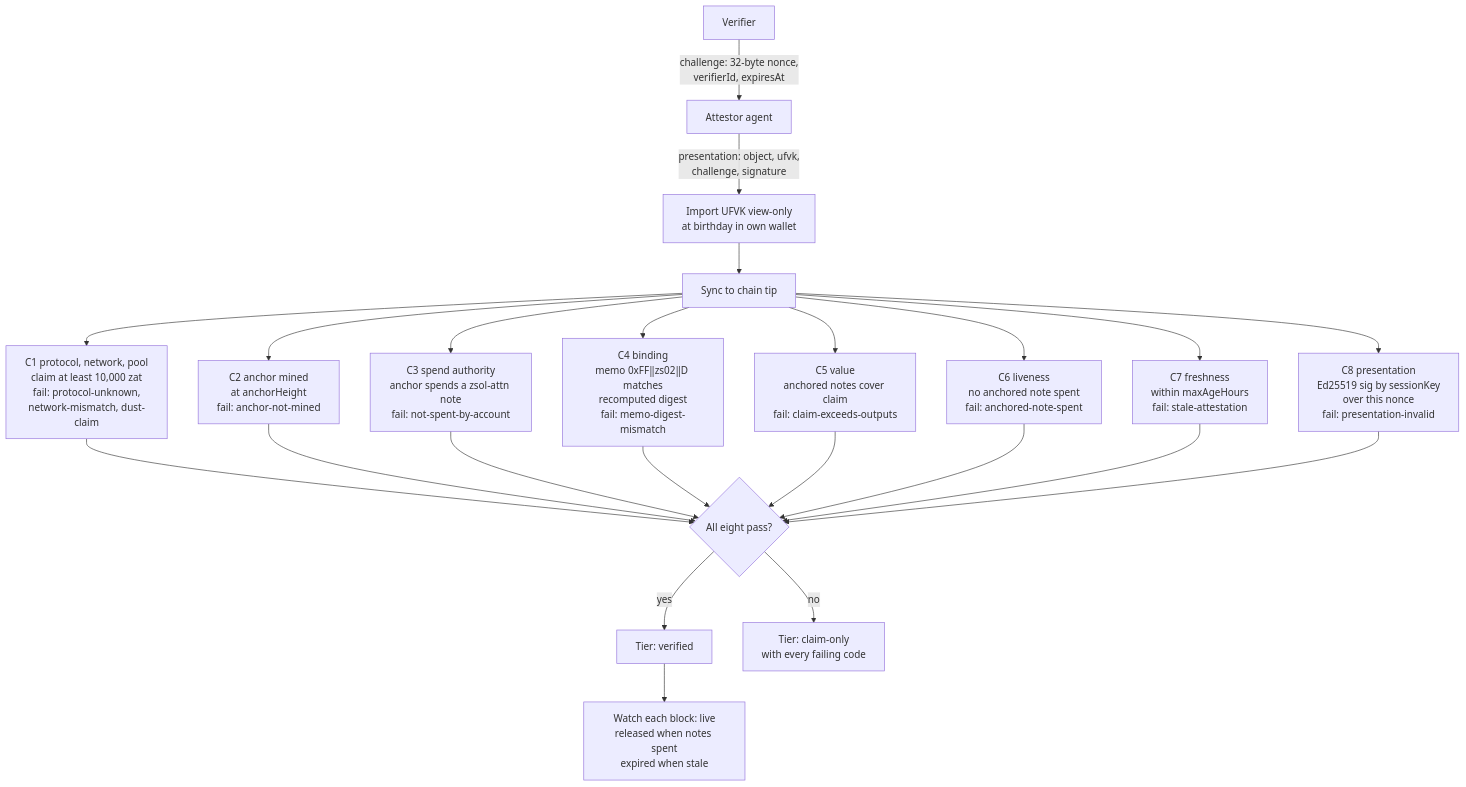
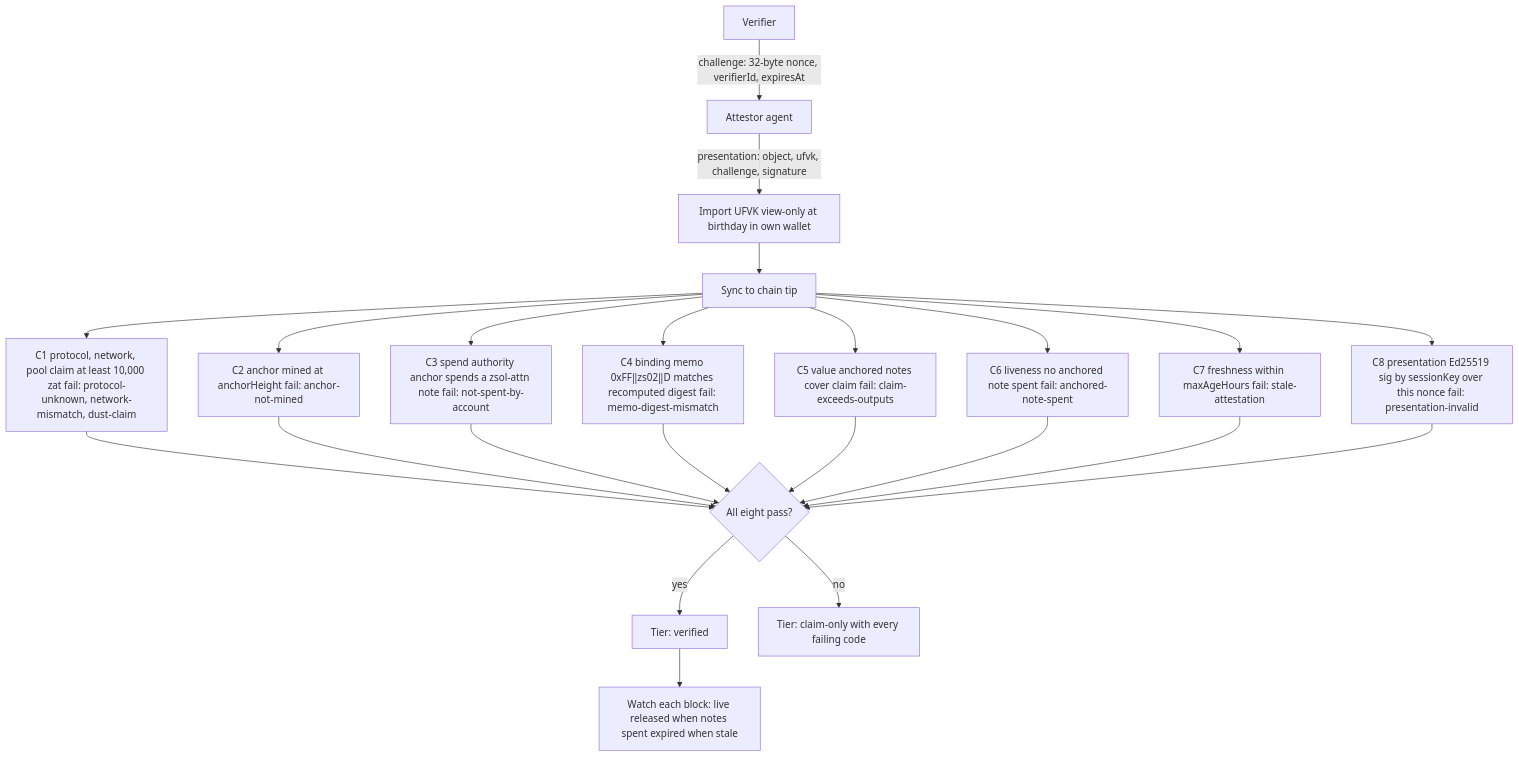
Before and after one commit to Srizdebnath/zsol: the diagram in docs/diagrams/05-verification-c1-c8.mmd, drawn with Mermaid. The commit also changed 17 other files, not shown here.

Commit message:
README: Excalidraw renders of all eight diagrams; drop <br/> from Mermaid sources (Excalidraw prints it literally)

```diff
--- a/docs/diagrams/05-verification-c1-c8.mmd
+++ b/docs/diagrams/05-verification-c1-c8.mmd
@@ -1,26 +1,26 @@
 flowchart TD
-    V["Verifier"] -->|"challenge: 32-byte nonce,<br/>verifierId, expiresAt"| A["Attestor agent"]
-    A -->|"presentation: object, ufvk,<br/>challenge, signature"| IMP["Import UFVK view-only<br/>at birthday in own wallet"]
+    V["Verifier"] -->|"challenge: 32-byte nonce, verifierId, expiresAt"| A["Attestor agent"]
+    A -->|"presentation: object, ufvk, challenge, signature"| IMP["Import UFVK view-only at birthday in own wallet"]
     IMP --> SYNC["Sync to chain tip"]
 
-    SYNC --> C1["C1 protocol, network, pool<br/>claim at least 10,000 zat<br/>fail: protocol-unknown,<br/>network-mismatch, dust-claim"]
-    SYNC --> C2["C2 anchor mined<br/>at anchorHeight<br/>fail: anchor-not-mined"]
-    SYNC --> C3["C3 spend authority<br/>anchor spends a zsol-attn note<br/>fail: not-spent-by-account"]
-    SYNC --> C4["C4 binding<br/>memo 0xFF‖zs02‖D matches<br/>recomputed digest<br/>fail: memo-digest-mismatch"]
-    SYNC --> C5["C5 value<br/>anchored notes cover claim<br/>fail: claim-exceeds-outputs"]
-    SYNC --> C6["C6 liveness<br/>no anchored note spent<br/>fail: anchored-note-spent"]
-    SYNC --> C7["C7 freshness<br/>within maxAgeHours<br/>fail: stale-attestation"]
-    SYNC --> C8["C8 presentation<br/>Ed25519 sig by sessionKey<br/>over this nonce<br/>fail: presentation-invalid"]
+    SYNC --> C1["C1 protocol, network, pool claim at least 10,000 zat fail: protocol-unknown, network-mismatch, dust-claim"]
+    SYNC --> C2["C2 anchor mined at anchorHeight fail: anchor-not-mined"]
+    SYNC --> C3["C3 spend authority anchor spends a zsol-attn note fail: not-spent-by-account"]
+    SYNC --> C4["C4 binding memo 0xFF‖zs02‖D matches recomputed digest fail: memo-digest-mismatch"]
+    SYNC --> C5["C5 value anchored notes cover claim fail: claim-exceeds-outputs"]
+    SYNC --> C6["C6 liveness no anchored note spent fail: anchored-note-spent"]
+    SYNC --> C7["C7 freshness within maxAgeHours fail: stale-attestation"]
+    SYNC --> C8["C8 presentation Ed25519 sig by sessionKey over this nonce fail: presentation-invalid"]
 
     C1 --> DEC{"All eight pass?"}
     C2 --> DEC
     C3 --> DEC
     C4 --> DEC
     C5 --> DEC
     C6 --> DEC
     C7 --> DEC
     C8 --> DEC
 
     DEC -->|"yes"| OK["Tier: verified"]
-    DEC -->|"no"| CO["Tier: claim-only<br/>with every failing code"]
-    OK --> LIVE["Watch each block: live<br/>released when notes spent<br/>expired when stale"]
+    DEC -->|"no"| CO["Tier: claim-only with every failing code"]
+    OK --> LIVE["Watch each block: live released when notes spent expired when stale"]
```
